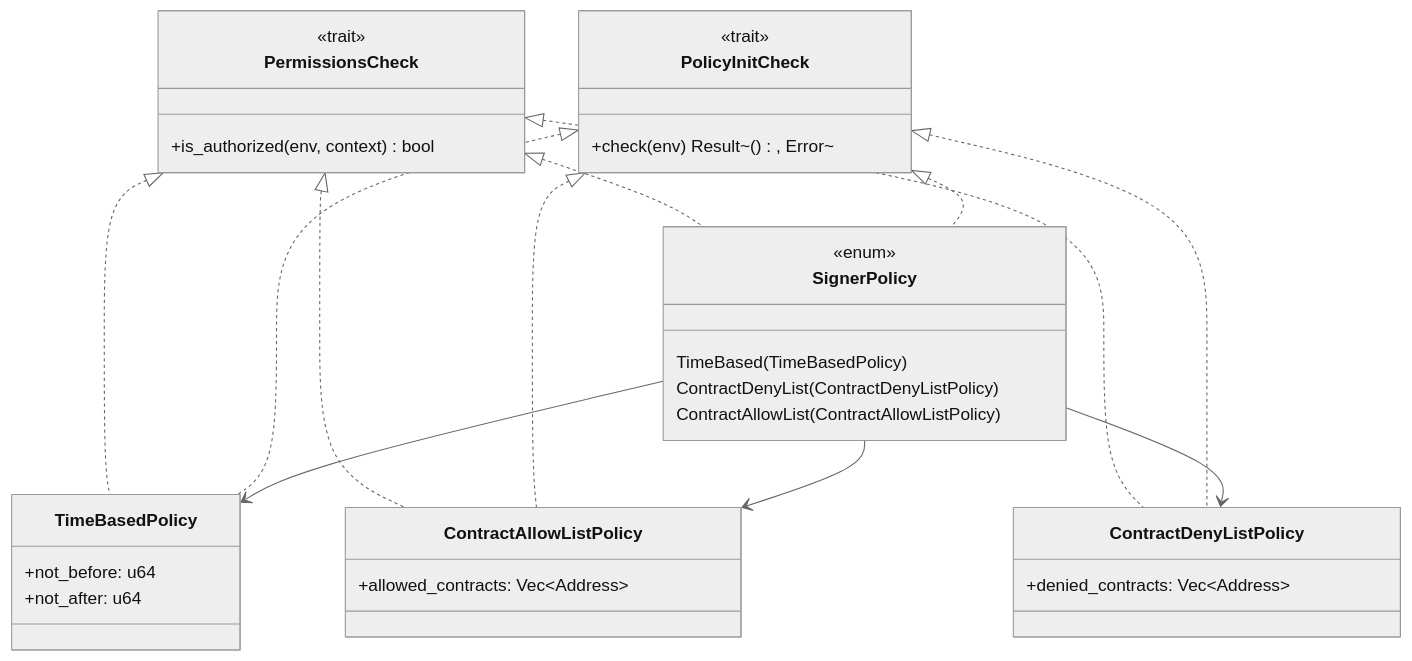
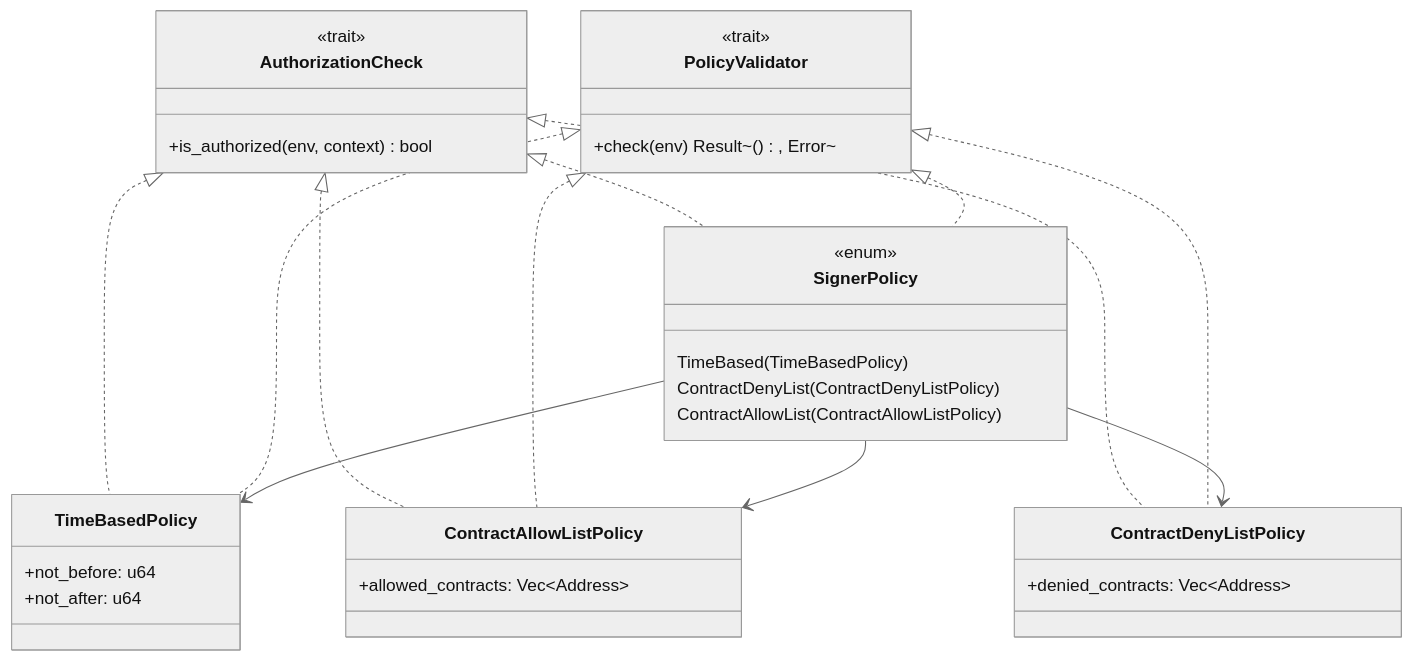
One commit to Crossmint/stellar-smart-account changed the third of 4 diagrams in contracts/smart-wallet/README.md. Above: the diagram before and after it, drawn with Mermaid (neutral theme). The commit also changed other lines of this file, not shown here.

````diff
--- a/contracts/smart-wallet/README.md
+++ b/contracts/smart-wallet/README.md
@@ -172,45 +172,45 @@
 ```mermaid
 classDiagram
-    class PermissionsCheck {
+    class AuthorizationCheck {
         <<trait>>
         +is_authorized(env, context) bool
     }
     
-    class PolicyInitCheck {
+    class PolicyValidator {
         <<trait>>
         +check(env) Result~(), Error~
     }
     
     class SignerPolicy {
         <<enum>>
         TimeBased(TimeBasedPolicy)
         ContractDenyList(ContractDenyListPolicy)
         ContractAllowList(ContractAllowListPolicy)
     }
     
     class TimeBasedPolicy {
         +not_before: u64
         +not_after: u64
     }
     
     class ContractAllowListPolicy {
         +allowed_contracts: Vec~Address~
     }
     
     class ContractDenyListPolicy {
         +denied_contracts: Vec~Address~
     }
     
-    PermissionsCheck <|.. SignerPolicy
-    PolicyInitCheck <|.. SignerPolicy
-    PermissionsCheck <|.. TimeBasedPolicy
-    PermissionsCheck <|.. ContractAllowListPolicy
-    PermissionsCheck <|.. ContractDenyListPolicy
-    PolicyInitCheck <|.. TimeBasedPolicy
-    PolicyInitCheck <|.. ContractAllowListPolicy
-    PolicyInitCheck <|.. ContractDenyListPolicy
+    AuthorizationCheck <|.. SignerPolicy
+    PolicyValidator <|.. SignerPolicy
+    AuthorizationCheck <|.. TimeBasedPolicy
+    AuthorizationCheck <|.. ContractAllowListPolicy
+    AuthorizationCheck <|.. ContractDenyListPolicy
+    PolicyValidator <|.. TimeBasedPolicy
+    PolicyValidator <|.. ContractAllowListPolicy
+    PolicyValidator <|.. ContractDenyListPolicy
     
     SignerPolicy --> TimeBasedPolicy
     SignerPolicy --> ContractAllowListPolicy
     SignerPolicy --> ContractDenyListPolicy
 ```
````
